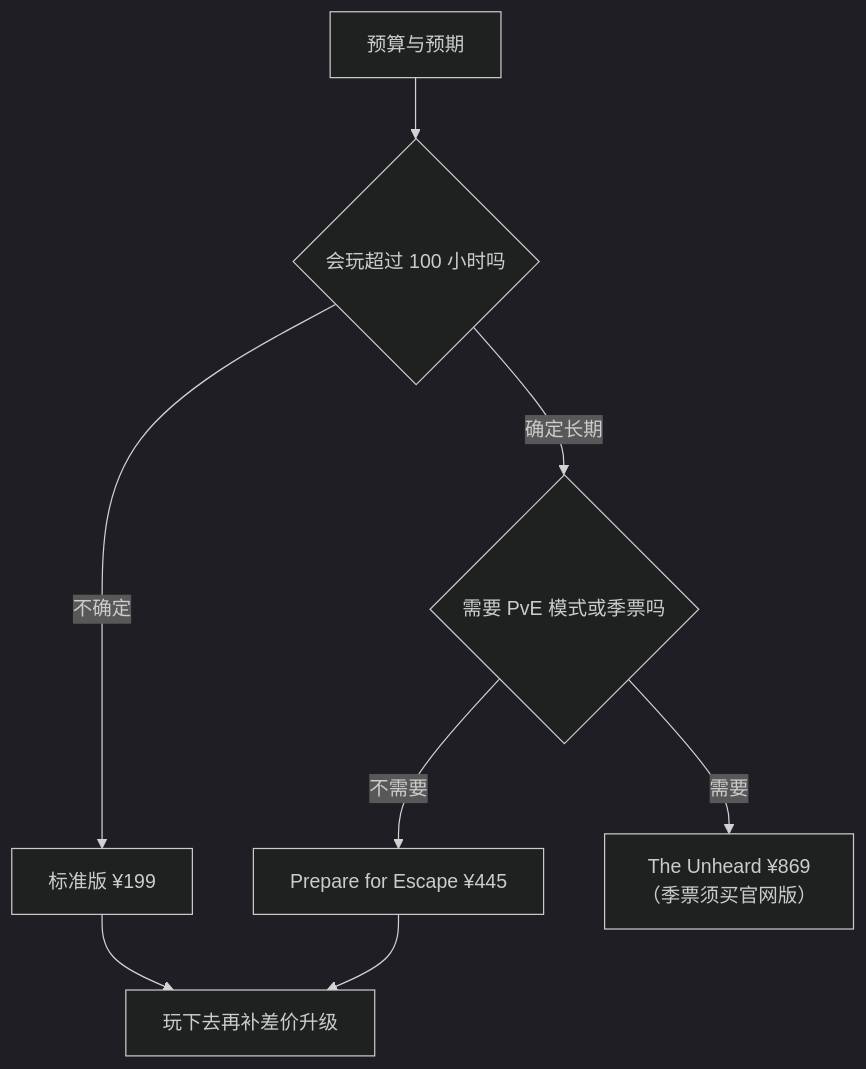
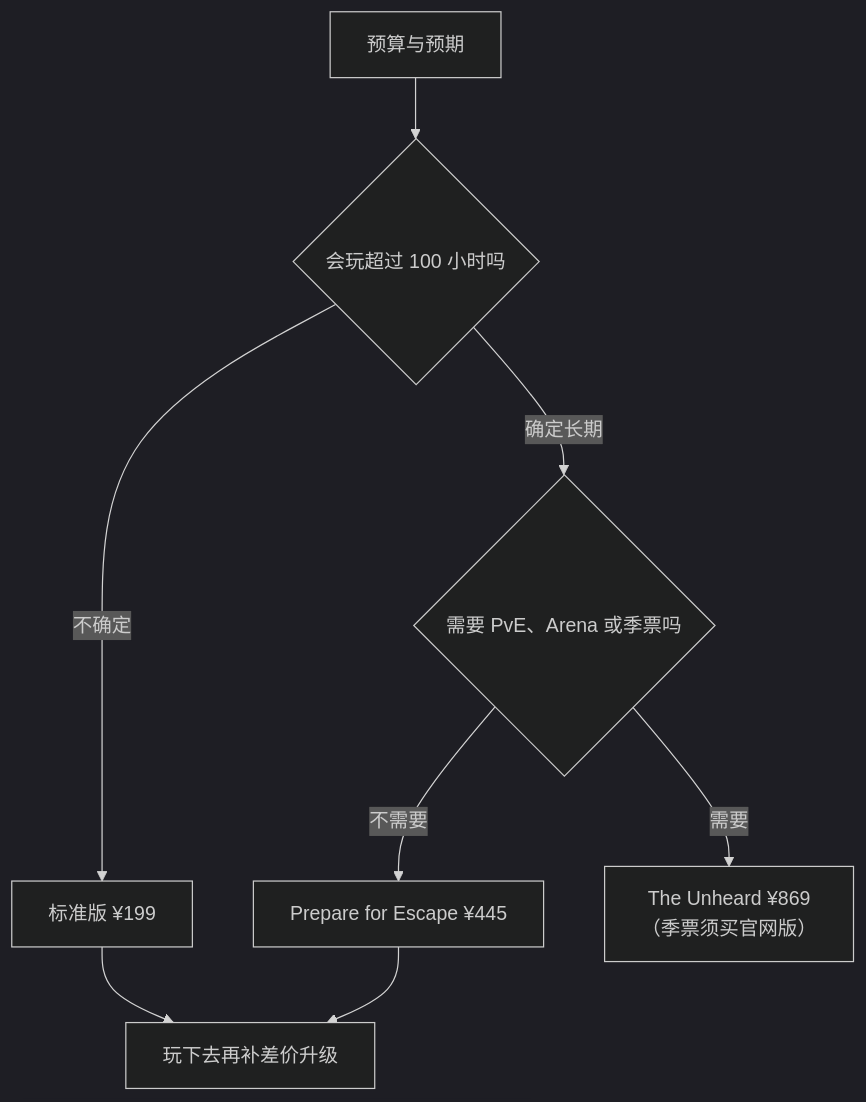
One commit to GTX950L/tarkov-encyclopedia changed the diagram in content/docs/buying-guide.md. Above: the diagram before and after it, drawn with Mermaid (dark theme). The commit also changed other lines of this file and 3 other files, not shown here.

````diff
--- a/content/docs/buying-guide.md
+++ b/content/docs/buying-guide.md
@@ -60,10 +265,10 @@
 ```mermaid
 graph TD
     A[预算与预期] --> B{会玩超过 100 小时吗}
     B -->|不确定| C[标准版 ¥199]
-    B -->|确定长期| D{需要 PvE 模式或季票吗}
+    B -->|确定长期| D{需要 PvE、Arena 或季票吗}
     D -->|不需要| E[Prepare for Escape ¥445]
     D -->|需要| F["The Unheard ¥869<br/>（季票须买官网版）"]
     C --> G[玩下去再补差价升级]
     E --> G
 ```
````
